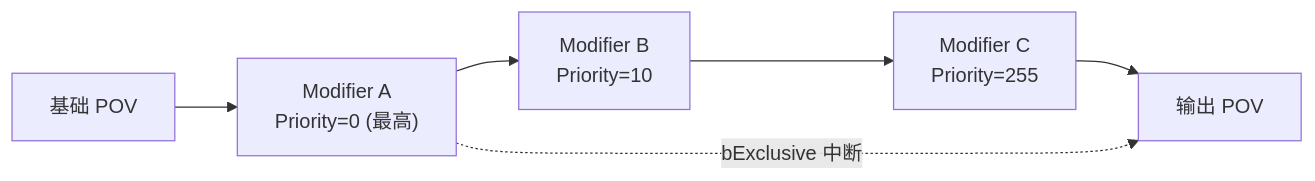
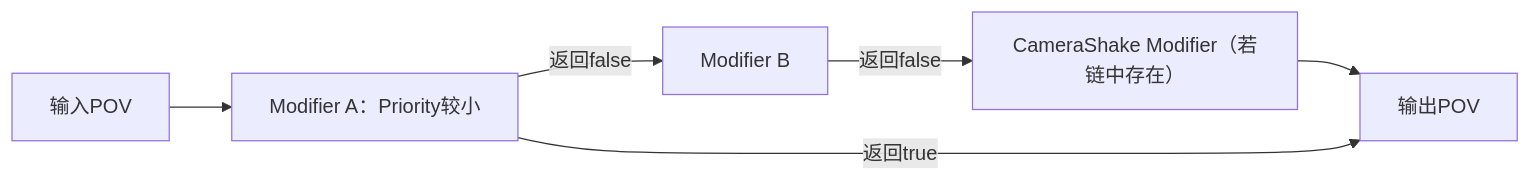
Before and after one commit to fantuan812/learning: the sixth of 9 diagrams in 知识/05-Gameplay与交互系统/输入移动与交互/07-相机系统与视口.md, drawn with Mermaid. The commit also changed other lines of this file and 1 other file, not shown here.

````diff
--- a/知识/05-Gameplay与交互系统/输入移动与交互/07-相机系统与视口.md
+++ b/知识/05-Gameplay与交互系统/输入移动与交互/07-相机系统与视口.md
@@ -235,8 +229,8 @@
 ```mermaid
 flowchart LR
-    POV0["基础 POV"] --> M1["Modifier A<br/>Priority=0 (最高)"]
-    M1 --> M2["Modifier B<br/>Priority=10"]
-    M2 --> M3["Modifier C<br/>Priority=255"]
-    M3 --> OUT2["输出 POV"]
-    M1 -.bExclusive 中断.-> OUT2
+    V["输入POV"] --> A["Modifier A：Priority较小"]
+    A -->|返回false| B["Modifier B"]
+    B -->|返回false| S["CameraShake Modifier（若链中存在）"]
+    S --> O["输出POV"]
+    A -->|返回true| O
 ```
````
